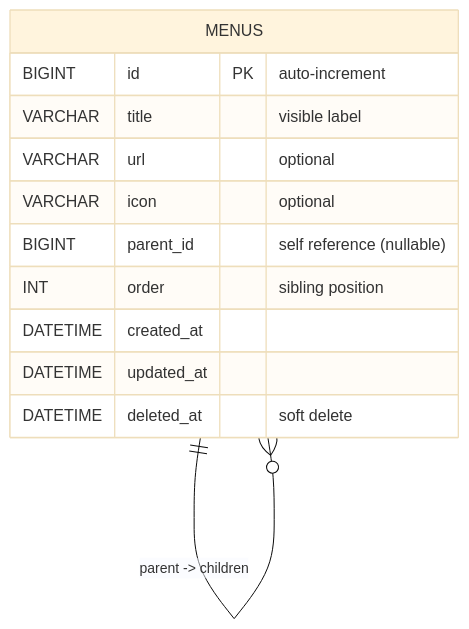
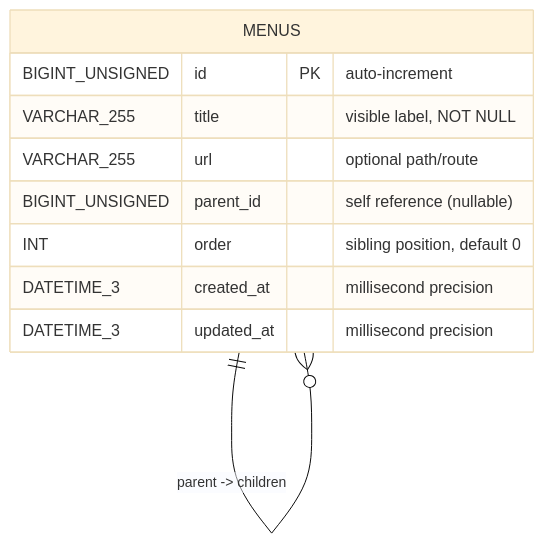
One commit to galpt/sotekre changed the diagram in backend/database/ERD.md. Above: the diagram before and after it, drawn with Mermaid (base theme). The commit also changed other lines of this file and 6 other files, not shown here.

````diff
--- a/backend/database/ERD.md
+++ b/backend/database/ERD.md
@@ -6,16 +6,14 @@
 ```mermaid
 erDiagram
   MENUS {
-    BIGINT id PK "auto-increment"
-    VARCHAR title "visible label"
-    VARCHAR url "optional"
-    VARCHAR icon "optional"
-    BIGINT parent_id "self reference (nullable)"
-    INT order "sibling position"
-    DATETIME created_at
-    DATETIME updated_at
-    DATETIME deleted_at "soft delete"
+    BIGINT_UNSIGNED id PK "auto-increment"
+    VARCHAR_255 title "visible label, NOT NULL"
+    VARCHAR_255 url "optional path/route"
+    BIGINT_UNSIGNED parent_id "self reference (nullable)"
+    INT order "sibling position, default 0"
+    DATETIME_3 created_at "millisecond precision"
+    DATETIME_3 updated_at "millisecond precision"
   }
 
   MENUS ||--o{ MENUS : "parent -> children"
 ```
````
